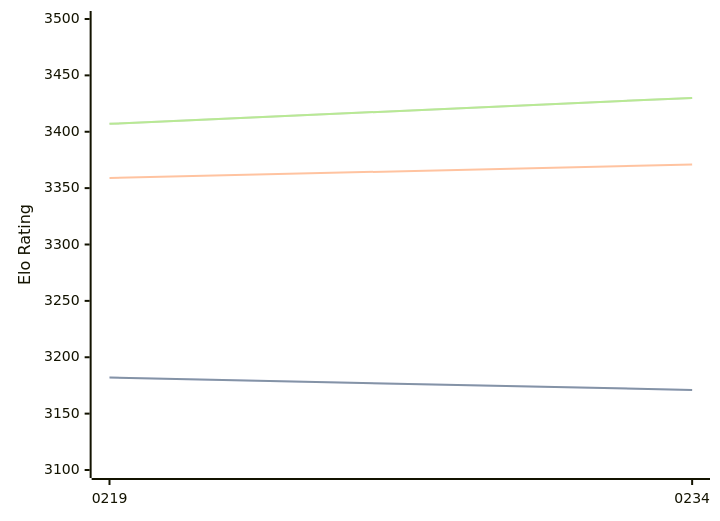
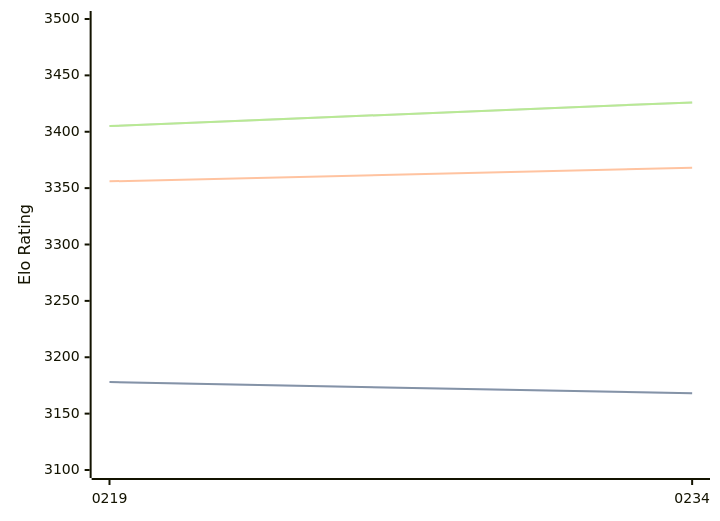
The diagram in engines/Ynode.md (computer-chess-index/cci), drawn with Mermaid before and after one commit. The commit also changed other lines of this file, not shown here.

Commit message:
Update CCI Ratings (ELO VLTC) - 2026-04-23

````diff
--- a/engines/Ynode.md
+++ b/engines/Ynode.md
@@ -39,11 +39,11 @@
 ```mermaid
 %%{init: {"theme":"base","themeVariables":{"seriesColors:['#a3a3a3','#222221','#faa371']}}}%%
 xychart-beta
   x-axis ["0219", "0234"]
   y-axis "Elo Rating" 3100 --> 3500
-  line "STC (8.0+0.08s)" [3182, 3171]
-  line "STC (8.0+0.08s)" [3182, 3171]
-  line "LTC (60.0+0.60s)" [3359, 3371]
-  line "VLTC (2m24s+1.12s)" [3407, 3430]
-  line "VLTC (2m24s+1.12s)" [3407, 3430]
+  line "STC (8.0+0.08s)" [3178, 3168]
+  line "STC (8.0+0.08s)" [3178, 3168]
+  line "LTC (60.0+0.60s)" [3356, 3368]
+  line "VLTC (2m24s+1.12s)" [3405, 3426]
+  line "VLTC (2m24s+1.12s)" [3405, 3426]
 ```
````
